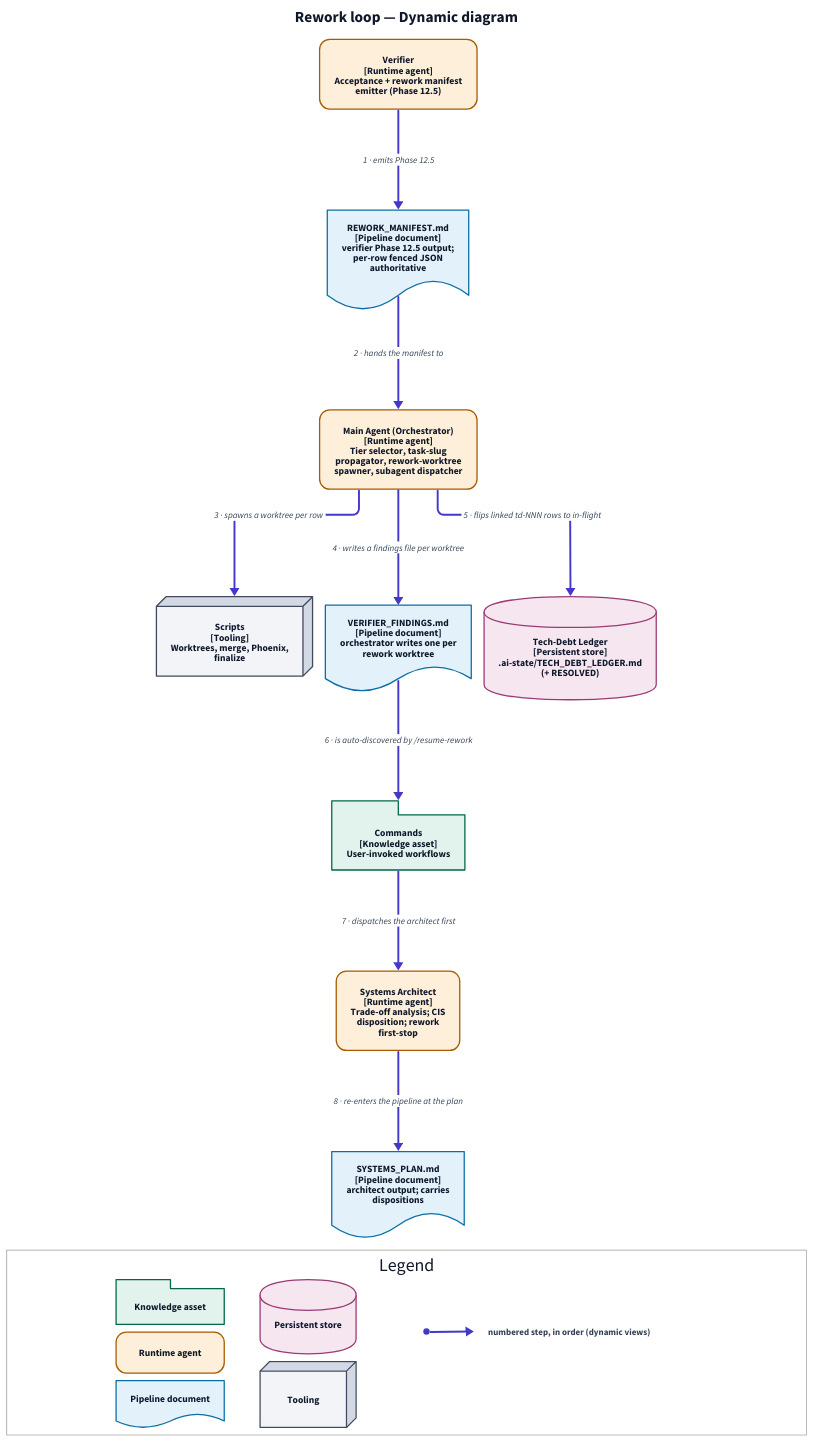
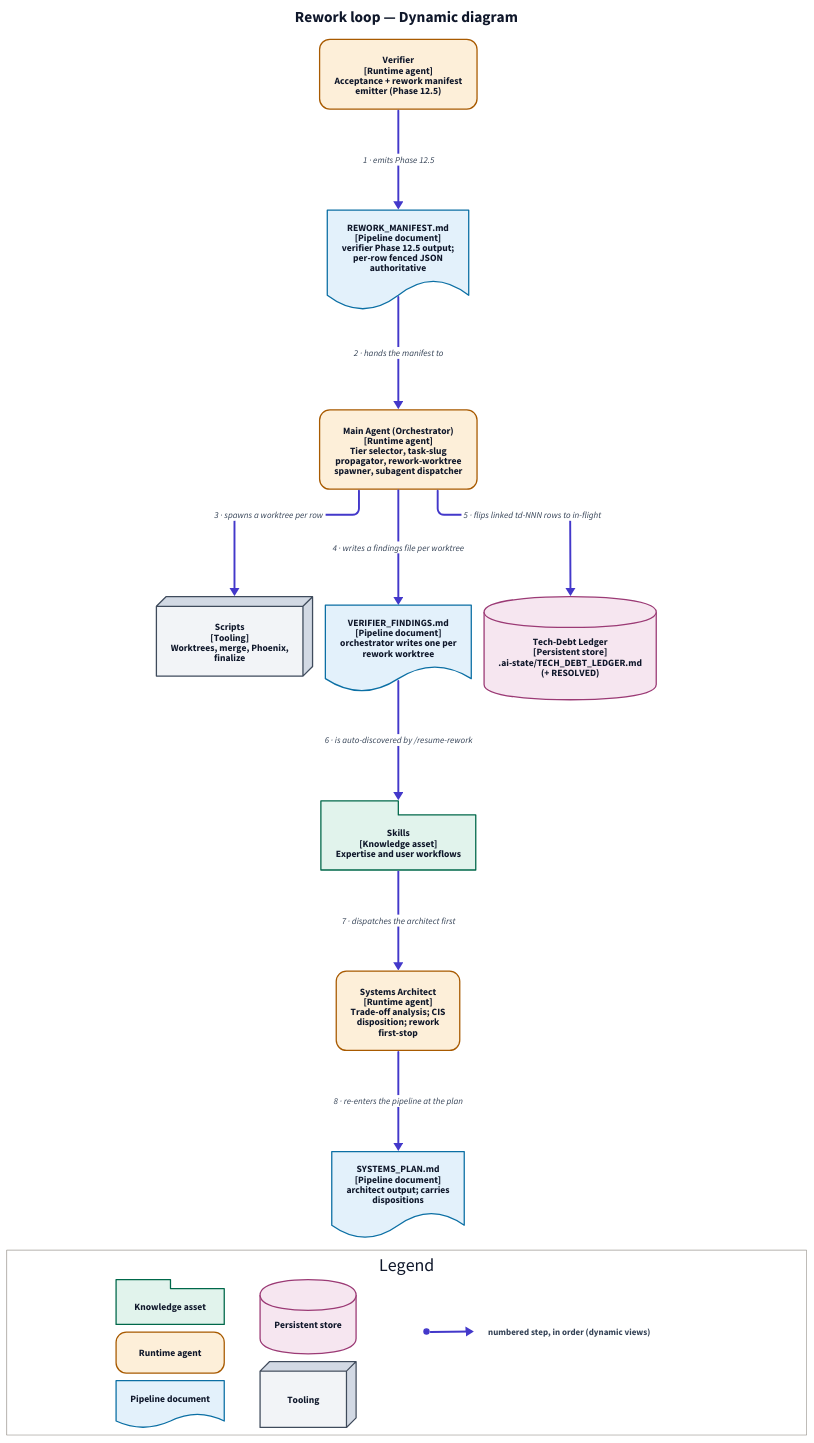
The diagram in docs/diagrams/architecture/rendered/rework_loop_detail.d2 (francisco-perez-sorrosal/praxion), drawn with D2 before and after one commit. The commit also changed 23 other files, not shown here.

First line of the commit message:
Remove the commands element from the architecture model, the design document and the developer guide

```diff
--- a/docs/diagrams/architecture/rendered/rework_loop_detail.d2
+++ b/docs/diagrams/architecture/rendered/rework_loop_detail.d2
@@ -1,193 +1,193 @@
 direction: down
 vars: {
   d2-config: {
     layout-engine: elk
     pad: 40
     theme-overrides: {
       N1: "#0F172A"
       N2: "#334155"
       N7: "#FFFFFF"
     }
   }
 }
 classes: {
   category_knowledge_asset: {
     shape: package
     style: {
       fill: "#E1F3EC"
       stroke: "#00684A"
       stroke-width: 2
       font-color: "#0F172A"
       font-size: 15
     }
   }
   category_runtime_agent: {
     shape: rectangle
     style: {
       fill: "#FDEFD9"
       stroke: "#A85A00"
       stroke-width: 2
       font-color: "#0F172A"
       font-size: 15
       border-radius: 16
     }
   }
   category_pipeline_document: {
     shape: document
     style: {
       fill: "#E3F1FB"
       stroke: "#0B6FA4"
       stroke-width: 2
       font-color: "#0F172A"
       font-size: 15
     }
   }
   category_persistent_store: {
     shape: cylinder
     style: {
       fill: "#F6E6F0"
       stroke: "#9B3A75"
       stroke-width: 2
       font-color: "#0F172A"
       font-size: 15
     }
   }
   category_tooling: {
     shape: rectangle
     style: {
       fill: "#F2F4F7"
       stroke: "#3F4B5C"
       stroke-width: 2
       font-color: "#0F172A"
       font-size: 15
       3d: true
     }
   }
   line_step: {
     style: {
       fill: "#FFFFFF"
       stroke: "#4338CA"
       stroke-width: 3
       font-color: "#334155"
       font-size: 14
     }
   }
 }
 Title: {
   label: "Rework loop — Dynamic diagram"
   shape: text
   near: top-center
   style: {
     font-size: 24
     bold: true
     font-color: "#0F172A"
   }
 }
-"el_praxion.knowledge.commands": {
-  label: "Commands\n[Knowledge asset]\nUser-invoked workflows"
+"el_praxion.knowledge.skills": {
+  label: "Skills\n[Knowledge asset]\nExpertise and user workflows"
   class: category_knowledge_asset
 }
 "el_praxion.orchestration.doc_findings": {
   label: "VERIFIER_FINDINGS.md\n[Pipeline document]\norchestrator writes one per\nrework worktree"
   class: category_pipeline_document
 }
 "el_praxion.orchestration.doc_rework": {
   label: "REWORK_MANIFEST.md\n[Pipeline document]\nverifier Phase 12.5 output;\nper-row fenced JSON\nauthoritative"
   class: category_pipeline_document
 }
 "el_praxion.orchestration.doc_systems": {
   label: "SYSTEMS_PLAN.md\n[Pipeline document]\narchitect output; carries\ndispositions"
   class: category_pipeline_document
 }
 "el_praxion.orchestration.orchestrator": {
   label: "Main Agent (Orchestrator)\n[Runtime agent]\nTier selector, task-slug\npropagator, rework-worktree\nspawner, subagent dispatcher"
   class: category_runtime_agent
 }
 "el_praxion.orchestration.pipeline.architect": {
   label: "Systems Architect\n[Runtime agent]\nTrade-off analysis; CIS\ndisposition; rework\nfirst-stop"
   class: category_runtime_agent
 }
 "el_praxion.orchestration.pipeline.verifier": {
   label: "Verifier\n[Runtime agent]\nAcceptance + rework manifest\nemitter (Phase 12.5)"
   class: category_runtime_agent
 }
 "el_praxion.persistence.tdl": {
   label: "Tech-Debt Ledger\n[Persistent store]\n.ai-state/TECH_DEBT_LEDGER.md\n(+ RESOLVED)"
   class: category_persistent_store
 }
 "el_praxion.tooling.scripts": {
   label: "Scripts\n[Tooling]\nWorktrees, merge, Phoenix,\nfinalize"
   class: category_tooling
 }
 Legend: {
   label: "Legend"
   near: bottom-center
   grid-columns: 3
   width: 1250
   horizontal-gap: 56
   vertical-gap: 12
   style: {
     fill: "#FFFFFF"
     stroke: "#8C8780"
     stroke-width: 1
     font-color: "#0F172A"
   }
   category_knowledge_asset: {
     label: "Knowledge asset"
     class: category_knowledge_asset
   }
   category_runtime_agent: {
     label: "Runtime agent"
     class: category_runtime_agent
   }
   category_pipeline_document: {
     label: "Pipeline document"
     class: category_pipeline_document
   }
   category_persistent_store: {
     label: "Persistent store"
     class: category_persistent_store
   }
   category_tooling: {
     label: "Tooling"
     class: category_tooling
   }
   line_step_sample: {
     label: ""
     direction: right
     style: {
       fill: transparent
       stroke-width: 0
     }
     tail: {
       label: ""
       shape: circle
       width: 8
       height: 8
       style: {
         fill: "#4338CA"
         stroke: "#4338CA"
       }
     }
     caption: {
       label: "numbered step, in order (dynamic views)"
       style: {
         fill: transparent
         stroke-width: 0
         font-size: 14
         font-color: "#334155"
       }
     }
     tail -> caption: {
       class: line_step
     }
   }
 }
 "el_praxion.orchestration.pipeline.verifier" -> "el_praxion.orchestration.doc_rework": "1 · emits Phase 12.5" {class: line_step}
 "el_praxion.orchestration.doc_rework" -> "el_praxion.orchestration.orchestrator": "2 · hands the manifest to" {class: line_step}
 "el_praxion.orchestration.orchestrator" -> "el_praxion.tooling.scripts": "3 · spawns a worktree per row" {class: line_step}
 "el_praxion.orchestration.orchestrator" -> "el_praxion.orchestration.doc_findings": "4 · writes a findings file per worktree" {class: line_step}
 "el_praxion.orchestration.orchestrator" -> "el_praxion.persistence.tdl": "5 · flips linked td-NNN rows to in-flight" {class: line_step}
-"el_praxion.orchestration.doc_findings" -> "el_praxion.knowledge.commands": "6 · is auto-discovered by /resume-rework" {class: line_step}
-"el_praxion.knowledge.commands" -> "el_praxion.orchestration.pipeline.architect": "7 · dispatches the architect first" {class: line_step}
+"el_praxion.orchestration.doc_findings" -> "el_praxion.knowledge.skills": "6 · is auto-discovered by /resume-rework" {class: line_step}
+"el_praxion.knowledge.skills" -> "el_praxion.orchestration.pipeline.architect": "7 · dispatches the architect first" {class: line_step}
 "el_praxion.orchestration.pipeline.architect" -> "el_praxion.orchestration.doc_systems": "8 · re-enters the pipeline at the plan" {class: line_step}
```
